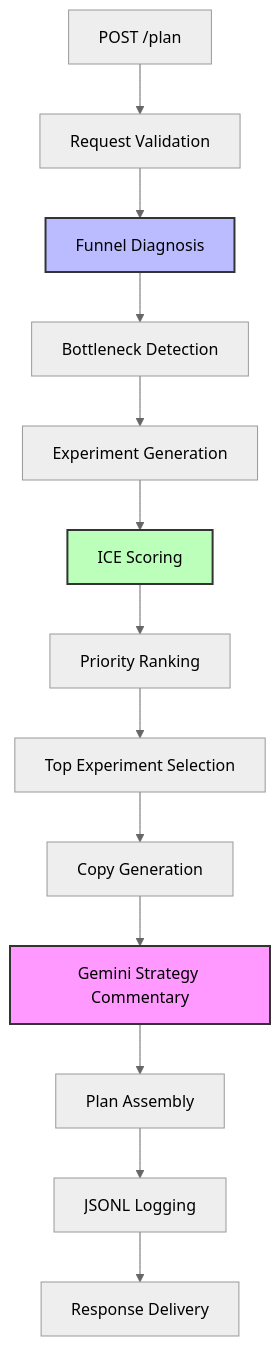
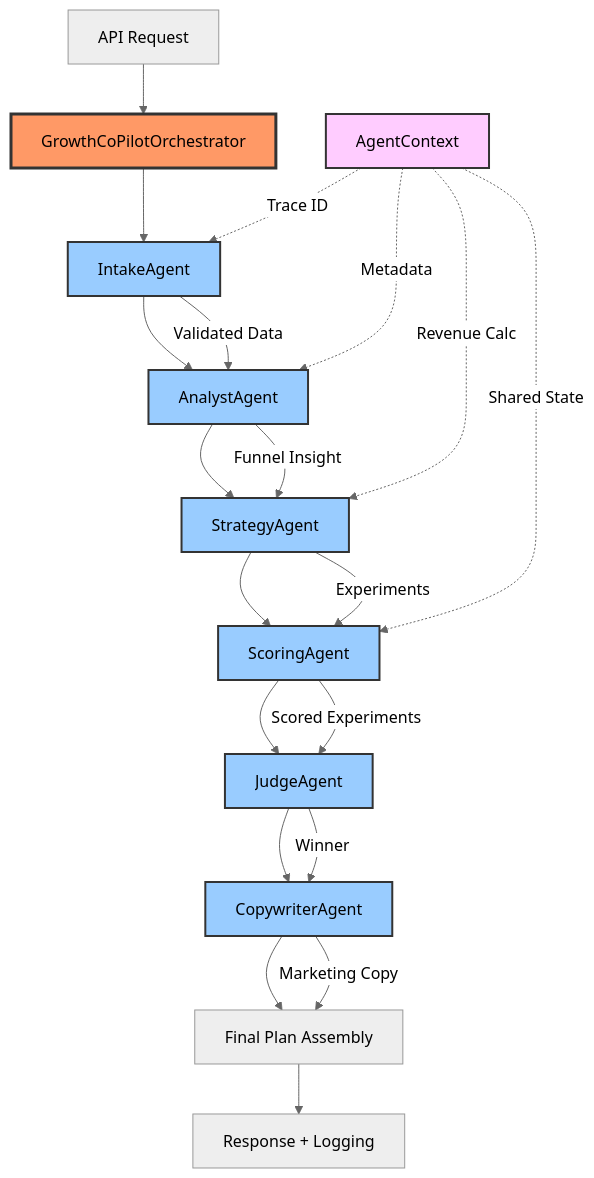
Before and after one commit to CrillyPienaah/sme-growth-copilot: the diagram in README.md, drawn with Mermaid (neutral theme). The commit also changed other lines of this file, not shown here.

First line of the commit message:
Revise README for multi-agent architecture and roadmap

````diff
--- a/README.md
+++ b/README.md
@@ -33,19 +38,34 @@
 ```mermaid
 flowchart TD
-    A[POST /plan] --> B[Request Validation]
-    B --> C[Funnel Diagnosis]
-    C --> D[Bottleneck Detection]
-    D --> E[Experiment Generation]
-    E --> F[ICE Scoring]
-    F --> G[Priority Ranking]
-    G --> H[Top Experiment Selection]
-    H --> I[Copy Generation]
-    I --> J[Gemini Strategy Commentary]
-    J --> K[Plan Assembly]
-    K --> L[JSONL Logging]
-    L --> M[Response Delivery]
+    A[API Request] --> B[GrowthCoPilotOrchestrator]
+    B --> C[IntakeAgent]
+    C --> D[AnalystAgent]
+    D --> E[StrategyAgent]
+    E --> F[ScoringAgent]
+    F --> G[JudgeAgent]
+    G --> H[CopywriterAgent]
+    H --> I[Final Plan Assembly]
+    I --> J[Response + Logging]
     
-    style J fill:#f9f,stroke:#333,stroke-width:2px
-    style C fill:#bbf,stroke:#333,stroke-width:2px
-    style F fill:#bfb,stroke:#333,stroke-width:2px
+    C -->|Validated Data| D
+    D -->|Funnel Insight| E
+    E -->|Experiments| F
+    F -->|Scored Experiments| G
+    G -->|Winner| H
+    H -->|Marketing Copy| I
+    
+    K[AgentContext]
+    K -.->|Trace ID| C
+    K -.->|Metadata| D
+    K -.->|Revenue Calc| E
+    K -.->|Shared State| F
+    
+    style B fill:#f96,stroke:#333,stroke-width:3px
+    style C fill:#9cf,stroke:#333,stroke-width:2px
+    style D fill:#9cf,stroke:#333,stroke-width:2px
+    style E fill:#9cf,stroke:#333,stroke-width:2px
+    style F fill:#9cf,stroke:#333,stroke-width:2px
+    style G fill:#9cf,stroke:#333,stroke-width:2px
+    style H fill:#9cf,stroke:#333,stroke-width:2px
+    style K fill:#fcf,stroke:#333,stroke-width:2px
 ```
````
